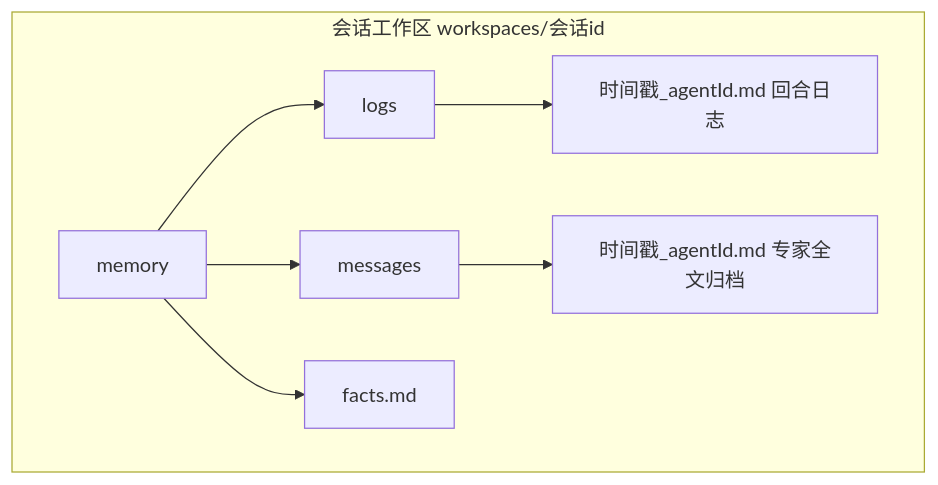
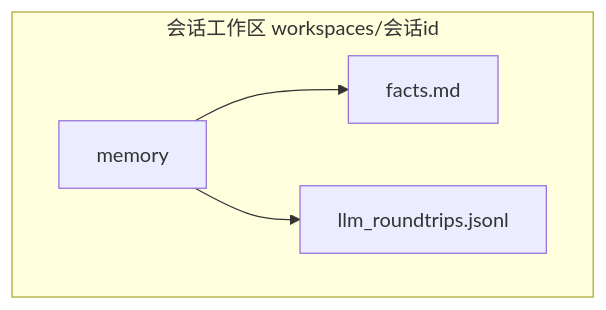
One commit to gaoguodong03/shichai changed the fourth of 4 diagrams in docs/技术架构详解.md. Above: the diagram before and after it, drawn with Mermaid. The commit also changed other lines of this file and 12 other files, not shown here.

````diff
--- a/docs/技术架构详解.md
+++ b/docs/技术架构详解.md
@@ -215,11 +215,8 @@
 ```mermaid
 flowchart TB
   subgraph ws [会话工作区 workspaces/会话id]
     mem[memory]
-    mem --> logsDir[logs]
-    mem --> msgDir[messages]
     mem --> factsFile["facts.md"]
-    logsDir --> logMd["时间戳_agentId.md 回合日志"]
-    msgDir --> msgMd["时间戳_agentId.md 专家全文归档"]
+    mem --> roundtripFile["llm_roundtrips.jsonl"]
   end
 ```
````
